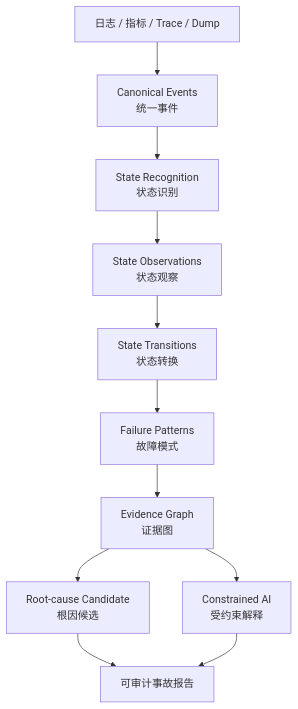
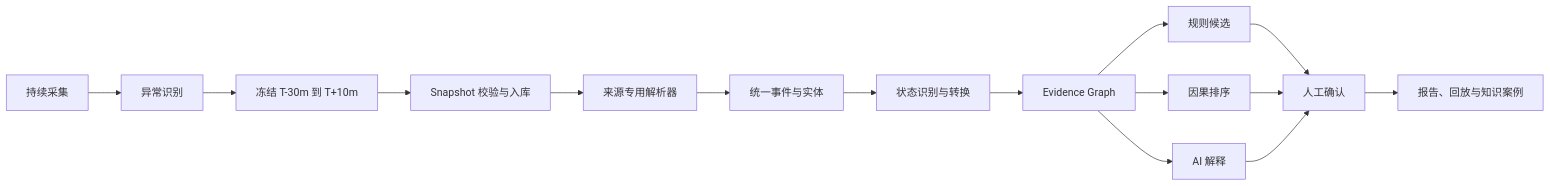
The third of 3 diagrams in README.md (pc-study/dbsleuth), drawn with Mermaid before and after one commit. The commit also changed other lines of this file, not shown here.

````diff
--- a/README.md
+++ b/README.md
@@ -136,13 +257,17 @@
 ```mermaid
-flowchart TB
-    A["日志 / 指标 / Trace / Dump"] --> B["Canonical Events<br/>统一事件"]
-    B --> C["State Recognition<br/>状态识别"]
-    C --> D["State Observations<br/>状态观察"]
-    D --> E["State Transitions<br/>状态转换"]
-    E --> F["Failure Patterns<br/>故障模式"]
-    F --> G["Evidence Graph<br/>证据图"]
-    G --> H["Root-cause Candidate<br/>根因候选"]
-    G --> I["Constrained AI<br/>受约束解释"]
-    H --> J["可审计事故报告"]
-    I --> J
+flowchart LR
+    A["持续采集"] --> B["异常识别"]
+    B --> C["冻结 T-30m 到 T+10m"]
+    C --> D["Snapshot 校验与入库"]
+    D --> E["来源专用解析器"]
+    E --> F["统一事件与实体"]
+    F --> G["状态识别与转换"]
+    G --> H["Evidence Graph"]
+    H --> I["规则候选"]
+    H --> J["因果排序"]
+    H --> K["AI 解释"]
+    I --> L["人工确认"]
+    J --> L
+    K --> L
+    L --> M["报告、回放与知识案例"]
 ```
````
